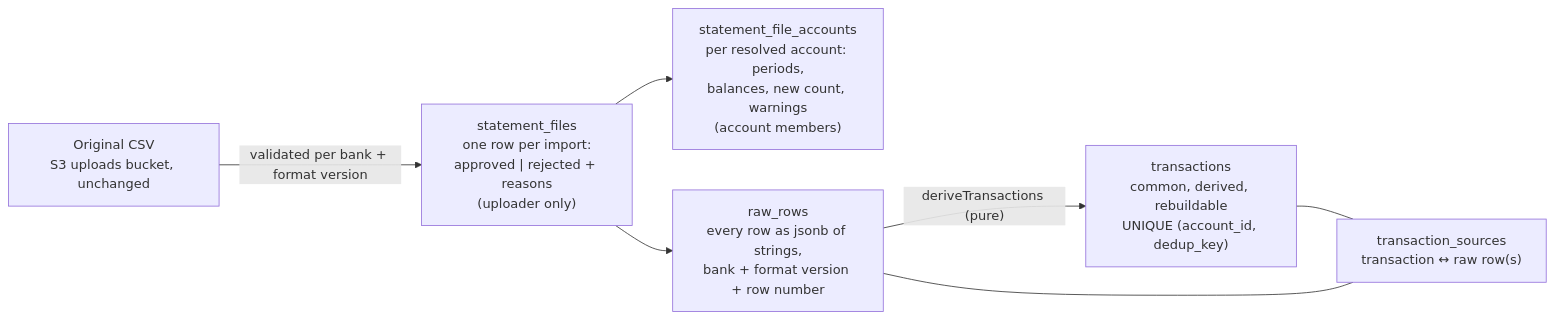
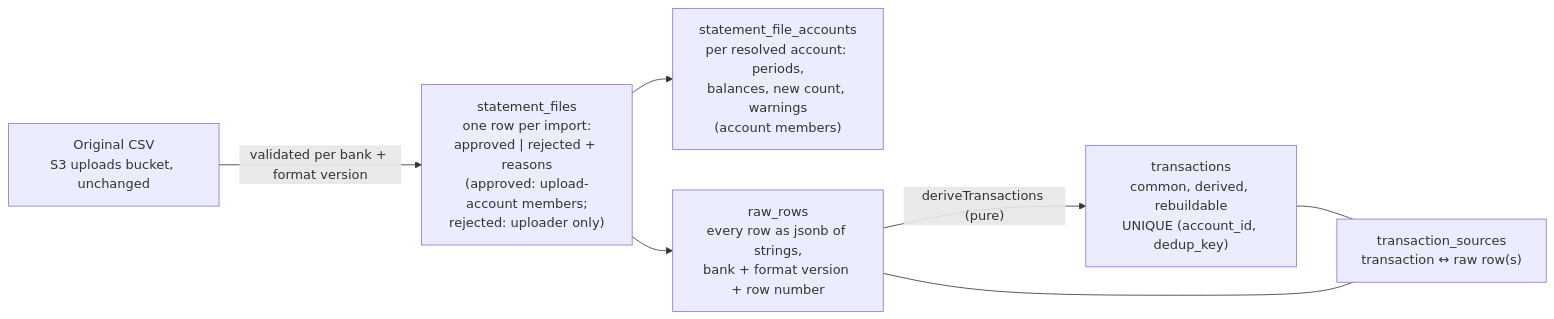
The second of 2 diagrams in docs/architecture.md (nodm/draupnir), drawn with Mermaid before and after one commit. The commit also changed other lines of this file and 6 other files, not shown here.

````diff
--- a/docs/architecture.md
+++ b/docs/architecture.md
@@ -93,16 +96,16 @@
 ```mermaid
 graph LR
   CSV["Original CSV<br/>S3 uploads bucket, unchanged"]
-  Files["statement_files<br/>one row per import:<br/>approved | rejected + reasons<br/>(uploader only)"]
+  Files["statement_files<br/>one row per import:<br/>approved | rejected + reasons<br/>(approved: upload-account members;<br/>rejected: uploader only)"]
   FileAccts["statement_file_accounts<br/>per resolved account: periods,<br/>balances, new count, warnings<br/>(account members)"]
   Raw["raw_rows<br/>every row as jsonb of strings,<br/>bank + format version + row number"]
   Tx["transactions<br/>common, derived, rebuildable<br/>UNIQUE (account_id, dedup_key)"]
   Src["transaction_sources<br/>transaction ↔ raw row(s)"]
 
   CSV -- "validated per bank + format version" --> Files
   Files --> FileAccts
   Files --> Raw
   Raw -- "deriveTransactions (pure)" --> Tx
   Tx --- Src
   Raw --- Src
 ```
````
